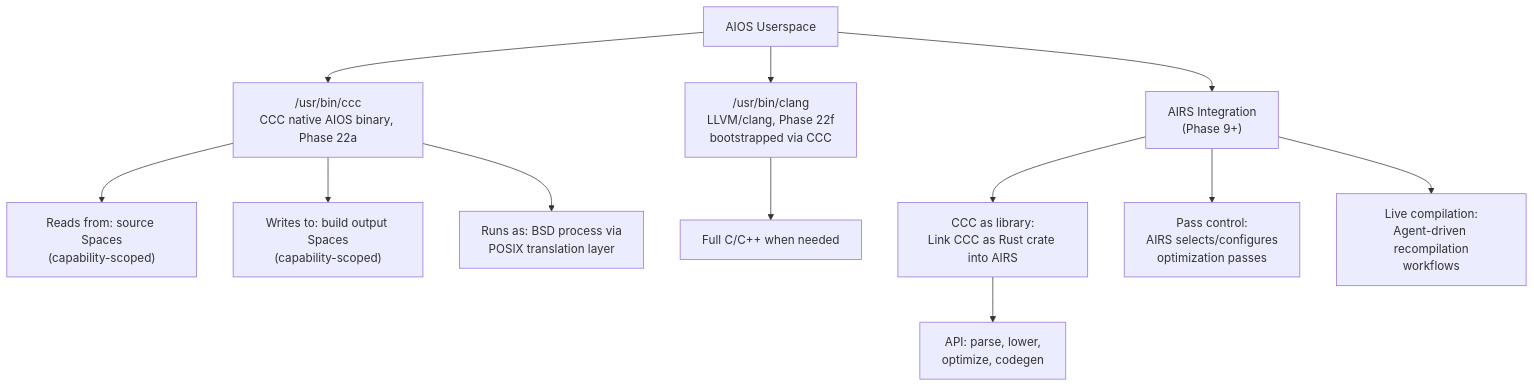
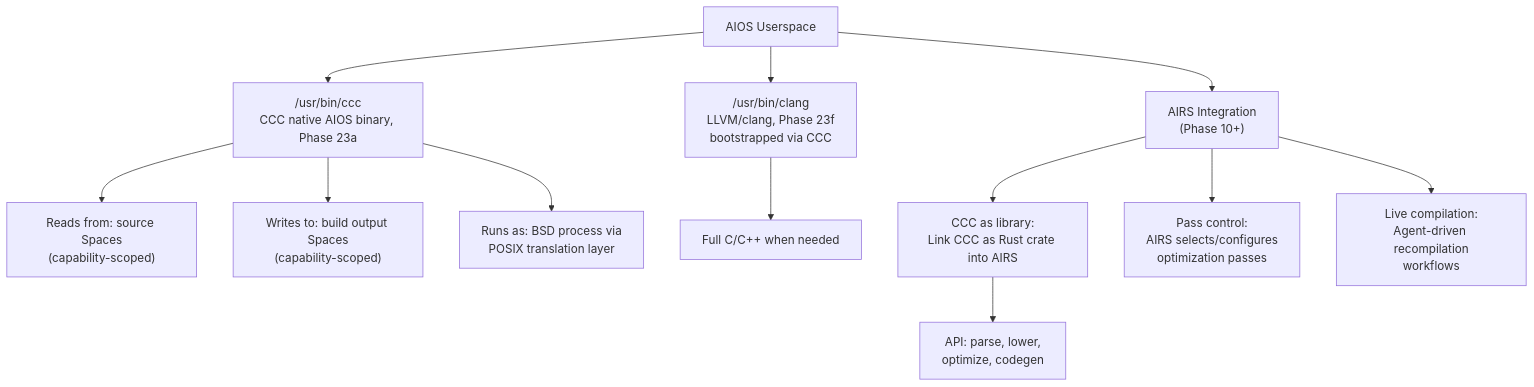
Before and after one commit to juslee/aios: the sixth of 7 diagrams in docs/project/ccc-integration-analysis.md, drawn with Mermaid. The commit also changed other lines of this file and 135 other files, not shown here.

First line of the commit message:
Renumber Phase 5→6 through Phase 46→47 across architecture docs

````diff
--- a/docs/project/ccc-integration-analysis.md
+++ b/docs/project/ccc-integration-analysis.md
@@ -262,18 +262,18 @@
 ```mermaid
 flowchart TD
     US[AIOS Userspace]
 
-    US --> CCC["/usr/bin/ccc<br>CCC native AIOS binary, Phase 22a"]
+    US --> CCC["/usr/bin/ccc<br>CCC native AIOS binary, Phase 23a"]
     CCC --> CCC_R["Reads from: source Spaces<br>(capability-scoped)"]
     CCC --> CCC_W["Writes to: build output Spaces<br>(capability-scoped)"]
     CCC --> CCC_P["Runs as: BSD process via<br>POSIX translation layer"]
 
-    US --> CLANG["/usr/bin/clang<br>LLVM/clang, Phase 22f<br>bootstrapped via CCC"]
+    US --> CLANG["/usr/bin/clang<br>LLVM/clang, Phase 23f<br>bootstrapped via CCC"]
     CLANG --> CLANG_D["Full C/C++ when needed"]
 
-    US --> AIRS["AIRS Integration<br>(Phase 9+)"]
+    US --> AIRS["AIRS Integration<br>(Phase 10+)"]
     AIRS --> LIB["CCC as library:<br>Link CCC as Rust crate into AIRS"]
     LIB --> API["API: parse, lower,<br>optimize, codegen"]
     AIRS --> PASS["Pass control:<br>AIRS selects/configures<br>optimization passes"]
     AIRS --> LIVE["Live compilation:<br>Agent-driven recompilation<br>workflows"]
 ```
````
